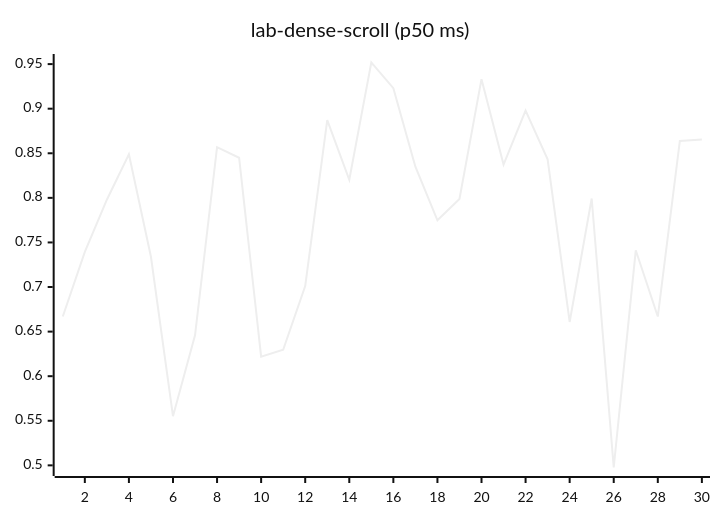
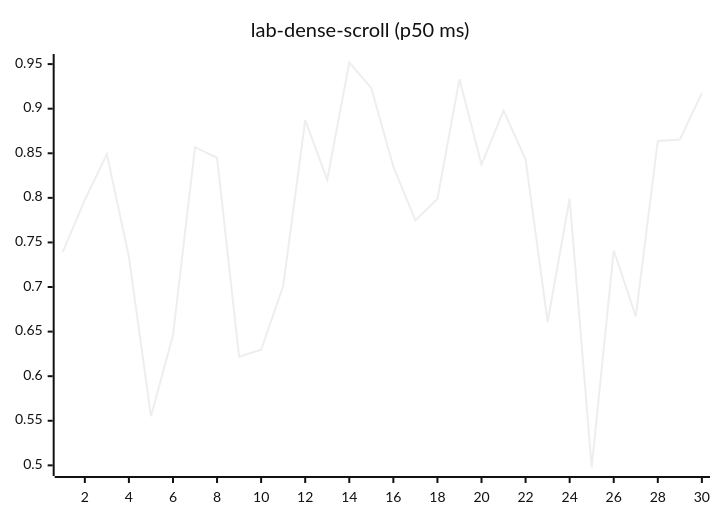
One commit to josha/Facet changed diagram 12 of 27 in README.md. Above: the diagram before and after it, drawn with Mermaid (neutral theme). The commit also changed other lines of this file and 2 other files, not shown here.

````diff
--- a/README.md
+++ b/README.md
@@ -140,6 +140,6 @@
 ```mermaid
 xychart-beta
     title "lab-dense-scroll (p50 ms)"
     x-axis 1 --> 30
-    line [0.6669, 0.7395, 0.7979, 0.8489, 0.7339, 0.5552, 0.6458, 0.8568, 0.8450, 0.6219, 0.6297, 0.7010, 0.8871, 0.8203, 0.9518, 0.9230, 0.8349, 0.7748, 0.7987, 0.9331, 0.8374, 0.8979, 0.8432, 0.6608, 0.7993, 0.4976, 0.7412, 0.6669, 0.8638, 0.8655]
+    line [0.7395, 0.7979, 0.8489, 0.7339, 0.5552, 0.6458, 0.8568, 0.8450, 0.6219, 0.6297, 0.7010, 0.8871, 0.8203, 0.9518, 0.9230, 0.8349, 0.7748, 0.7987, 0.9331, 0.8374, 0.8979, 0.8432, 0.6608, 0.7993, 0.4976, 0.7412, 0.6669, 0.8638, 0.8655, 0.9174]
 ```
````
